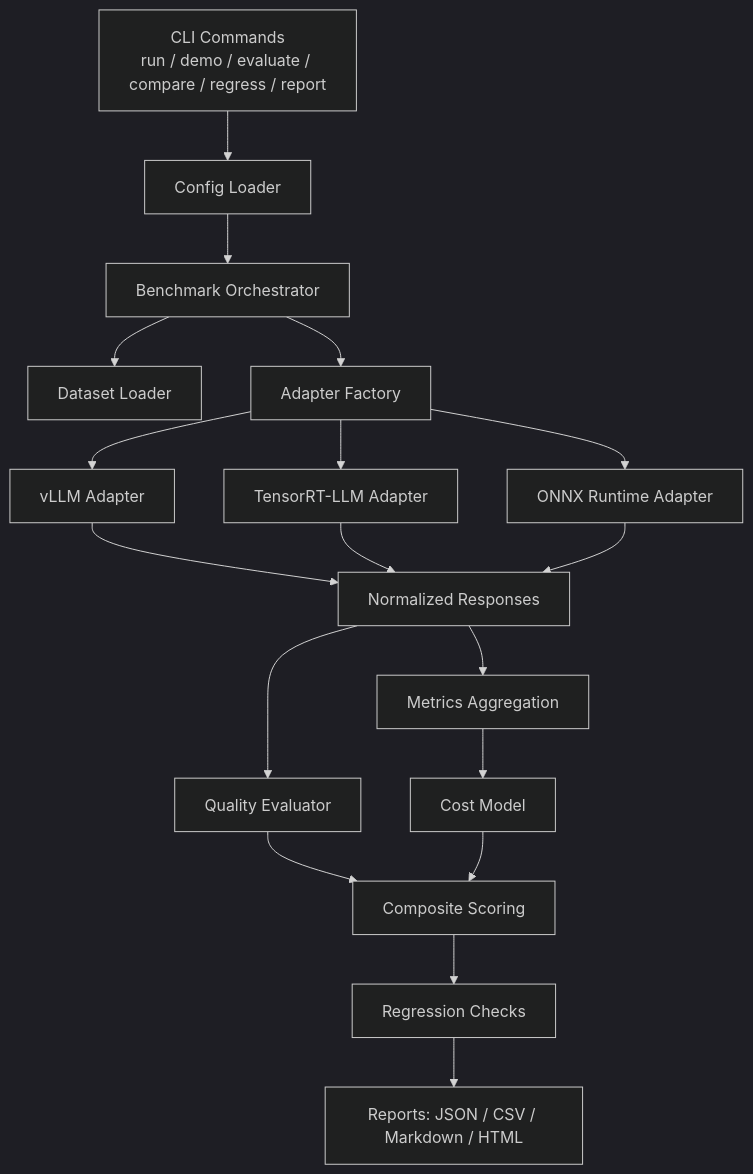
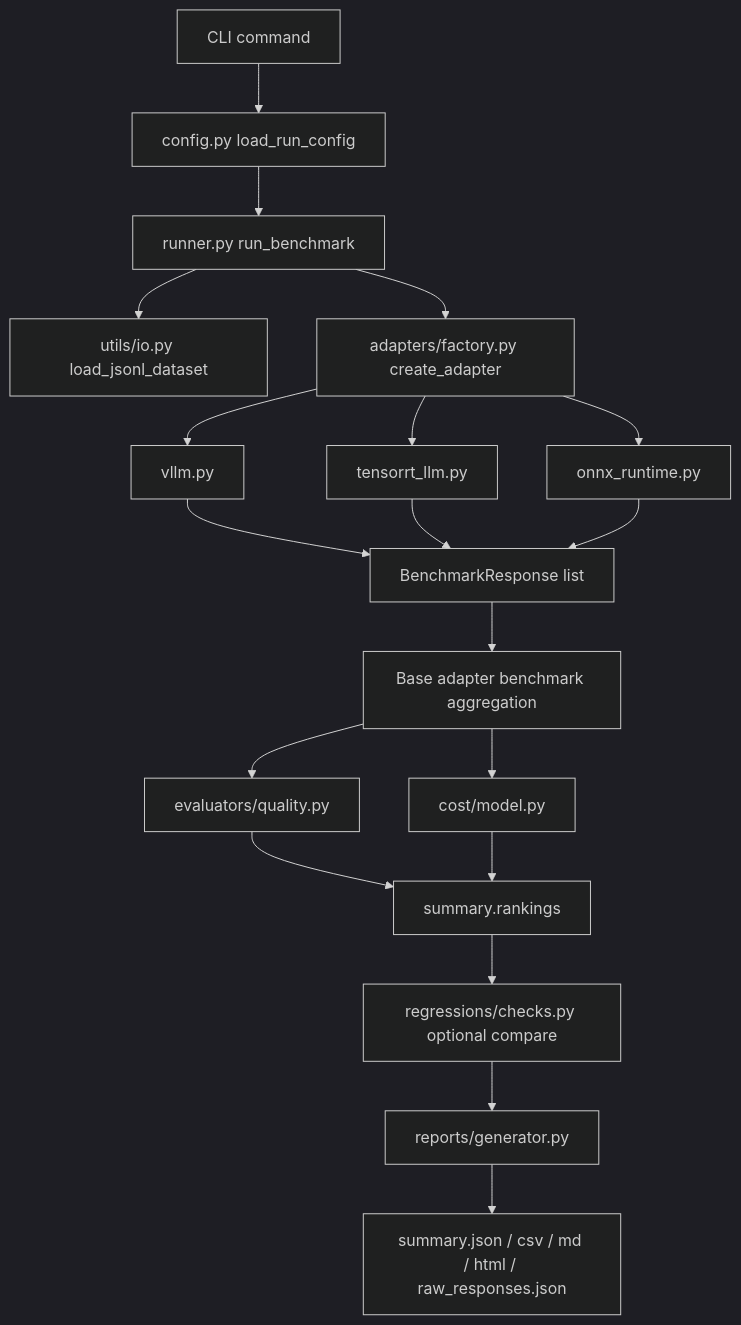
The diagram in README.md (layilo/llm_suite), drawn with Mermaid (dark theme) before and after one commit. The commit also changed other lines of this file, not shown here.

````diff
--- a/README.md
+++ b/README.md
@@ -45,20 +64,21 @@
 ```mermaid
 flowchart TD
-    A[CLI Commands\nrun / demo / evaluate / compare / regress / report] --> B[Config Loader]
-    B --> C[Benchmark Orchestrator]
-    C --> D[Dataset Loader]
-    C --> E[Adapter Factory]
-    E --> F[vLLM Adapter]
-    E --> G[TensorRT-LLM Adapter]
-    E --> H[ONNX Runtime Adapter]
-    F --> I[Normalized Responses]
+    A[CLI command] --> B[config.py load_run_config]
+    B --> C[runner.py run_benchmark]
+    C --> D[utils/io.py load_jsonl_dataset]
+    C --> E[adapters/factory.py create_adapter]
+    E --> F[vllm.py]
+    E --> G[tensorrt_llm.py]
+    E --> H[onnx_runtime.py]
+    F --> I[BenchmarkResponse list]
     G --> I
     H --> I
-    I --> J[Metrics Aggregation]
-    I --> K[Quality Evaluator]
-    J --> L[Cost Model]
-    K --> M[Composite Scoring]
+    I --> J[Base adapter benchmark aggregation]
+    J --> K[evaluators/quality.py]
+    J --> L[cost/model.py]
+    K --> M[summary.rankings]
     L --> M
-    M --> N[Regression Checks]
-    N --> O[Reports: JSON / CSV / Markdown / HTML]
+    M --> N[regressions/checks.py optional compare]
+    N --> O[reports/generator.py]
+    O --> P[summary.json / csv / md / html / raw_responses.json]
 ```
````
